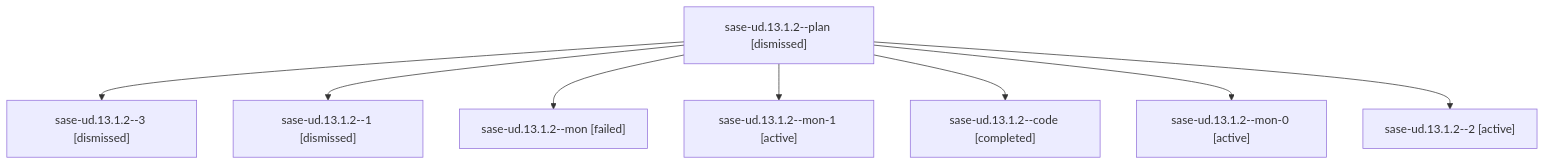
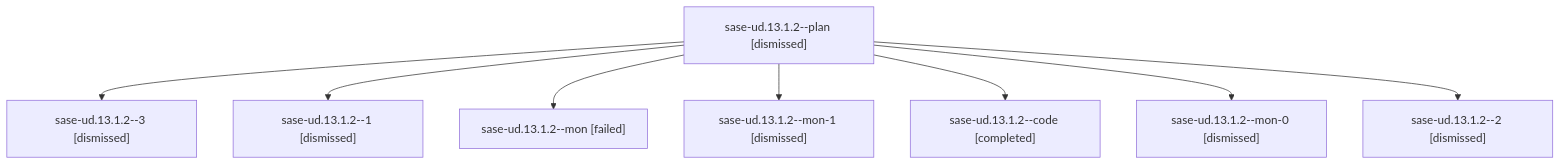
One commit to sase-org/sase--agents changed the diagram in sessions/bbugyi200.athena.sase-ud.13.1.2.md. Above: the diagram before and after it, drawn with Mermaid. The commit also changed other lines of this file and 380 other files, not shown here.

````diff
--- a/sessions/bbugyi200.athena.sase-ud.13.1.2.md
+++ b/sessions/bbugyi200.athena.sase-ud.13.1.2.md
@@ -9,18 +9,18 @@
 ```mermaid
 flowchart TD
   n0["sase-ud.13.1.2--plan [dismissed]"]
   n1["sase-ud.13.1.2--3 [dismissed]"]
   n0 --> n1
   n2["sase-ud.13.1.2--1 [dismissed]"]
   n0 --> n2
   n3["sase-ud.13.1.2--mon [failed]"]
   n0 --> n3
-  n4["sase-ud.13.1.2--mon-1 [active]"]
+  n4["sase-ud.13.1.2--mon-1 [dismissed]"]
   n0 --> n4
   n5["sase-ud.13.1.2--code [completed]"]
   n0 --> n5
-  n6["sase-ud.13.1.2--mon-0 [active]"]
+  n6["sase-ud.13.1.2--mon-0 [dismissed]"]
   n0 --> n6
-  n7["sase-ud.13.1.2--2 [active]"]
+  n7["sase-ud.13.1.2--2 [dismissed]"]
   n0 --> n7
 ```
````
